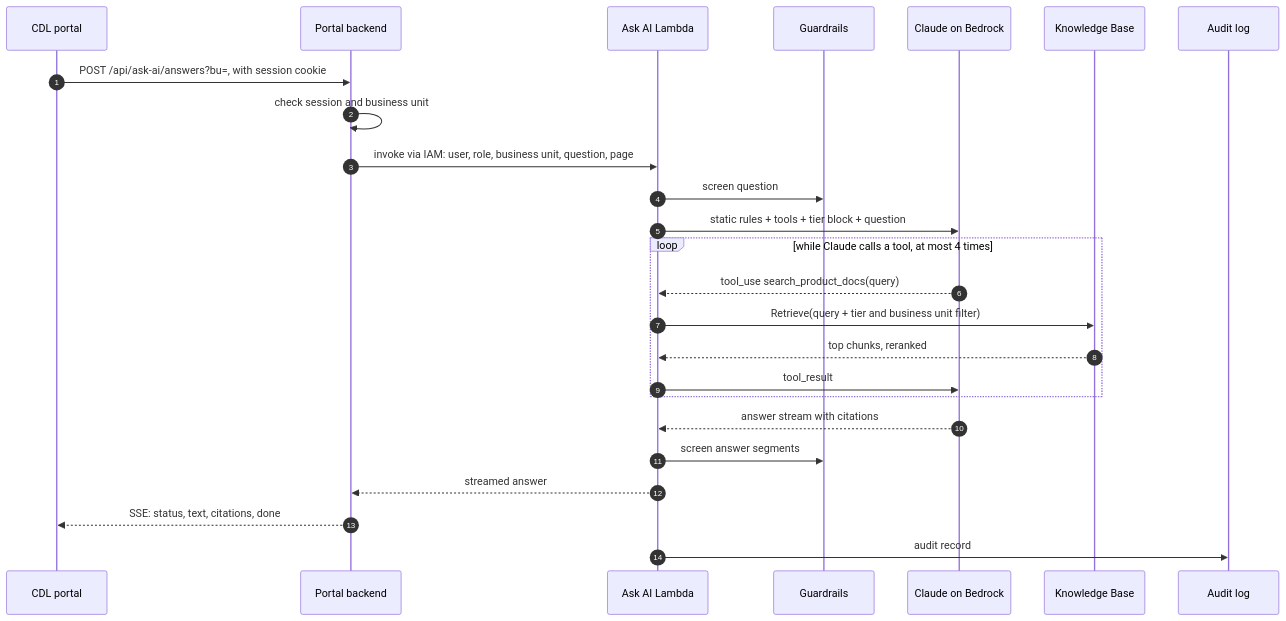
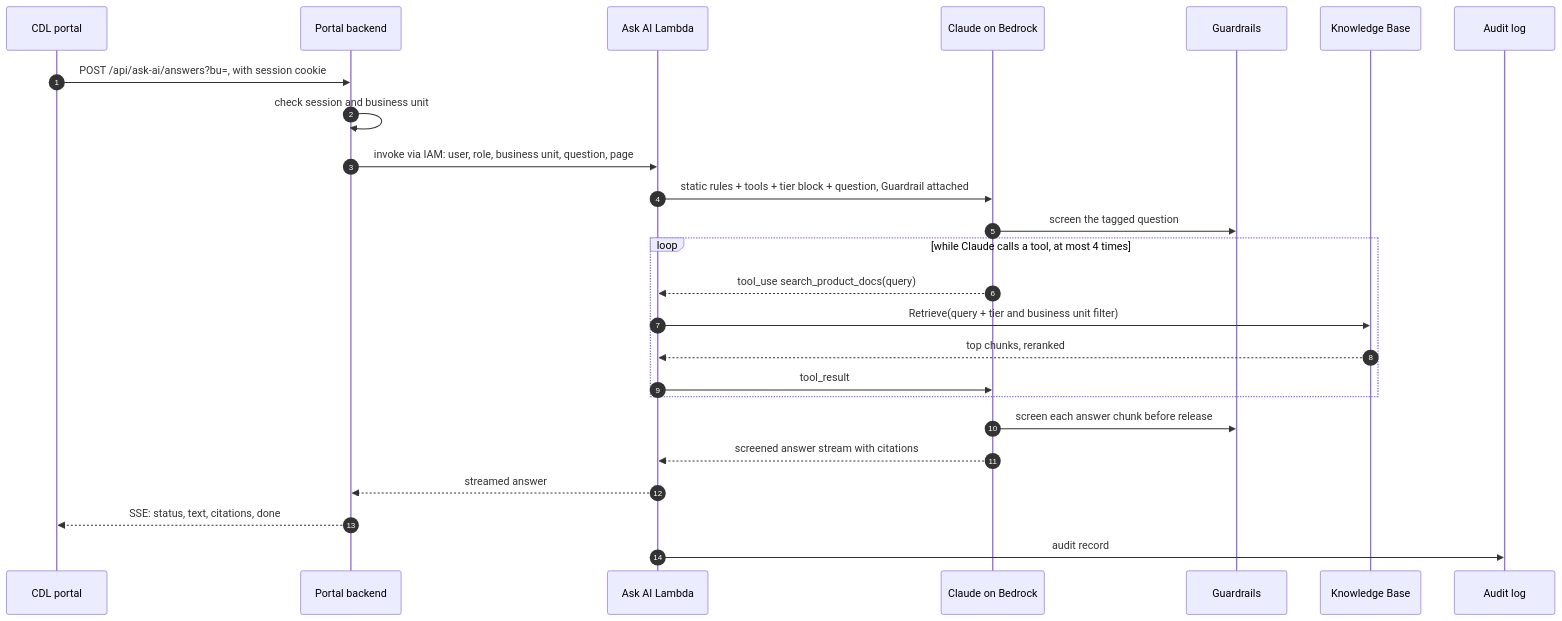
The second of 5 diagrams in docs/ASK_AI_PLAN.md (rutvik-madtech/newscorp-ask-ai), drawn with Mermaid before and after one commit. The commit also changed other lines of this file and 1 other file, not shown here.

First line of the commit message:
Ask AI plan: call Claude on bedrock-runtime with the Guardrail attached

````diff
--- a/docs/ASK_AI_PLAN.md
+++ b/docs/ASK_AI_PLAN.md
@@ -207,27 +214,27 @@
 ```mermaid
 sequenceDiagram
   autonumber
   participant UI as CDL portal
   participant PB as Portal backend
   participant O as Ask AI Lambda
+  participant C as Claude on Bedrock
   participant G as Guardrails
-  participant C as Claude on Bedrock
   participant KB as Knowledge Base
   participant L as Audit log
   UI->>PB: POST /api/ask-ai/answers?bu=, with session cookie
   PB->>PB: check session and business unit
   PB->>O: invoke via IAM: user, role, business unit, question, page
-  O->>G: screen question
-  O->>C: static rules + tools + tier block + question
+  O->>C: static rules + tools + tier block + question, Guardrail attached
+  C->>G: screen the tagged question
   loop while Claude calls a tool, at most 4 times
     C-->>O: tool_use search_product_docs(query)
     O->>KB: Retrieve(query + tier and business unit filter)
     KB-->>O: top chunks, reranked
     O->>C: tool_result
   end
-  C-->>O: answer stream with citations
-  O->>G: screen answer segments
+  C->>G: screen each answer chunk before release
+  C-->>O: screened answer stream with citations
   O-->>PB: streamed answer
   PB-->>UI: SSE: status, text, citations, done
   O->>L: audit record
 ```
````
